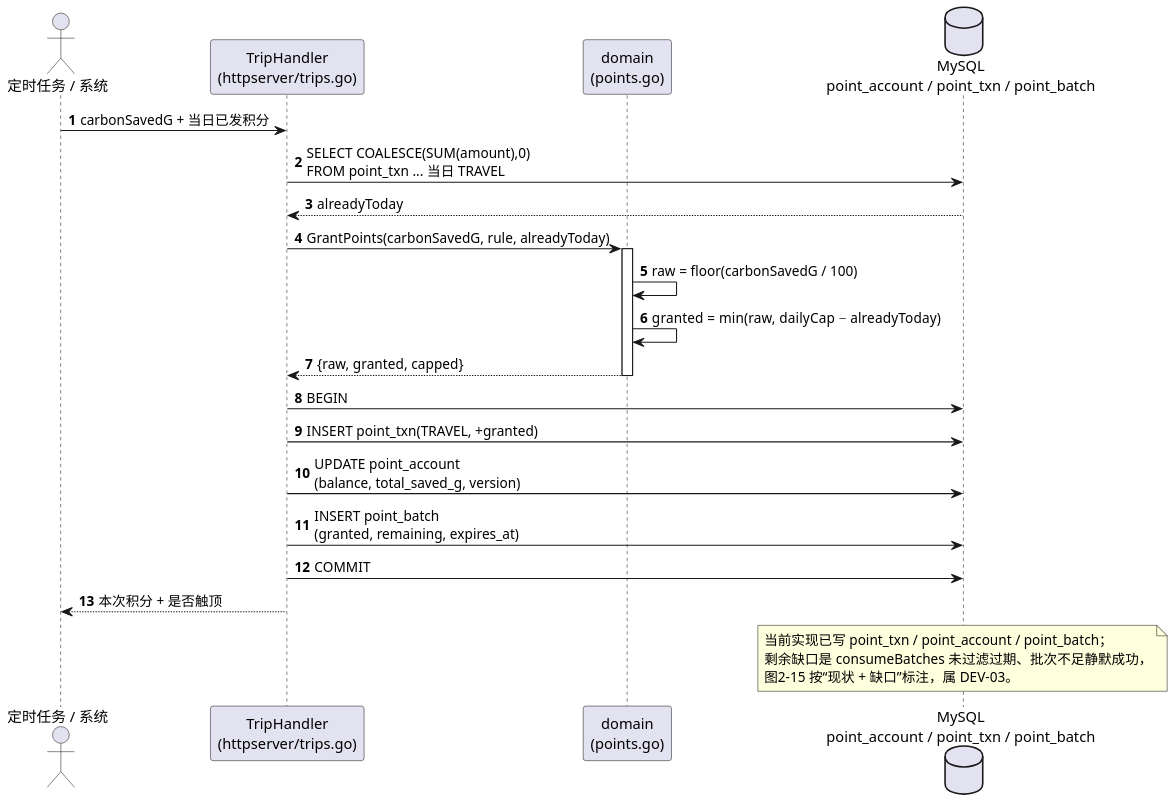
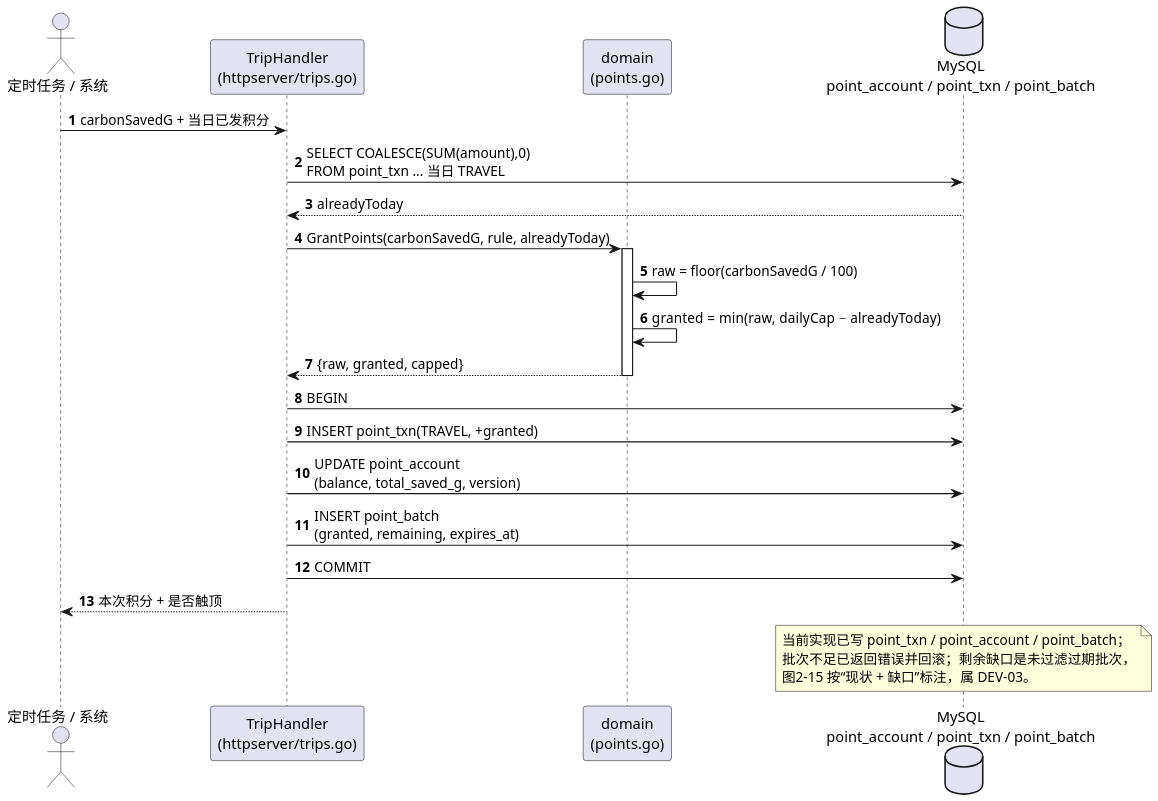
The diagram in docs/uml/19-序列图-核发积分.puml (chiyan11/green-travel-points), drawn with PlantUML before and after one commit. The commit also changed 9 other files, not shown here.

Commit message:
docs(uml): 同步批次不足与 Worker 事实

```diff
--- a/docs/uml/19-序列图-核发积分.puml
+++ b/docs/uml/19-序列图-核发积分.puml
@@ -1,33 +1,33 @@
 @startuml 图2-6 序列图：核发碳积分（UC-05 用例实现）
 skinparam defaultFontName "Microsoft YaHei"
 skinparam dpi 150
 skinparam shadowing false
 autonumber
 
 actor "定时任务 / 系统" as S
 participant "TripHandler\n(httpserver/trips.go)" as H
 participant "domain\n(points.go)" as D
 database "MySQL\npoint_account / point_txn / point_batch" as DB
 
 S -> H : carbonSavedG + 当日已发积分
 H -> DB : SELECT COALESCE(SUM(amount),0)\nFROM point_txn ... 当日 TRAVEL
 DB --> H : alreadyToday
 H -> D : GrantPoints(carbonSavedG, rule, alreadyToday)
 activate D
 D -> D : raw = floor(carbonSavedG / 100)
 D -> D : granted = min(raw, dailyCap − alreadyToday)
 D --> H : {raw, granted, capped}
 deactivate D
 H -> DB : BEGIN
 H -> DB : INSERT point_txn(TRAVEL, +granted)
 H -> DB : UPDATE point_account\n(balance, total_saved_g, version)
 H -> DB : INSERT point_batch\n(granted, remaining, expires_at)
 H -> DB : COMMIT
 H --> S : 本次积分 + 是否触顶
 
 note over DB
   当前实现已写 point_txn / point_account / point_batch；
-  剩余缺口是 consumeBatches 未过滤过期、批次不足静默成功，
+  批次不足已返回错误并回滚；剩余缺口是未过滤过期批次，
   图2-15 按“现状 + 缺口”标注，属 DEV-03。
 end note
 @enduml
```
